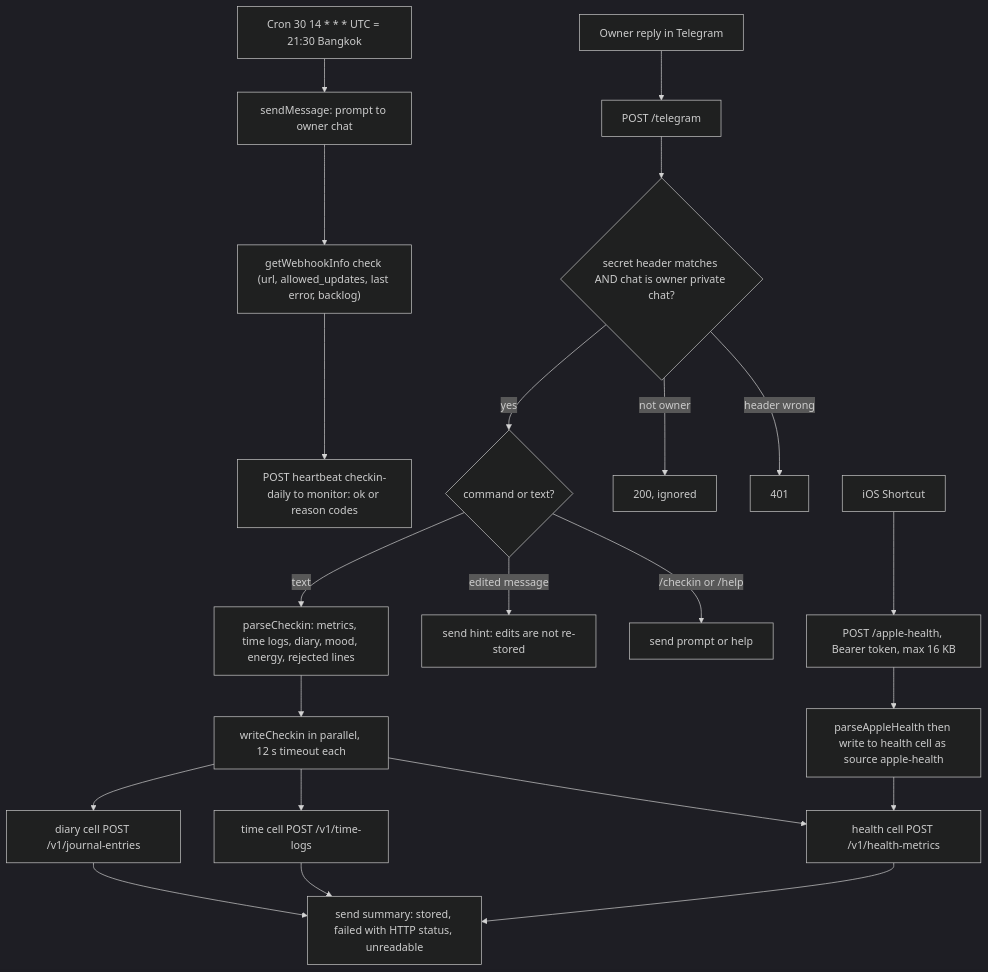
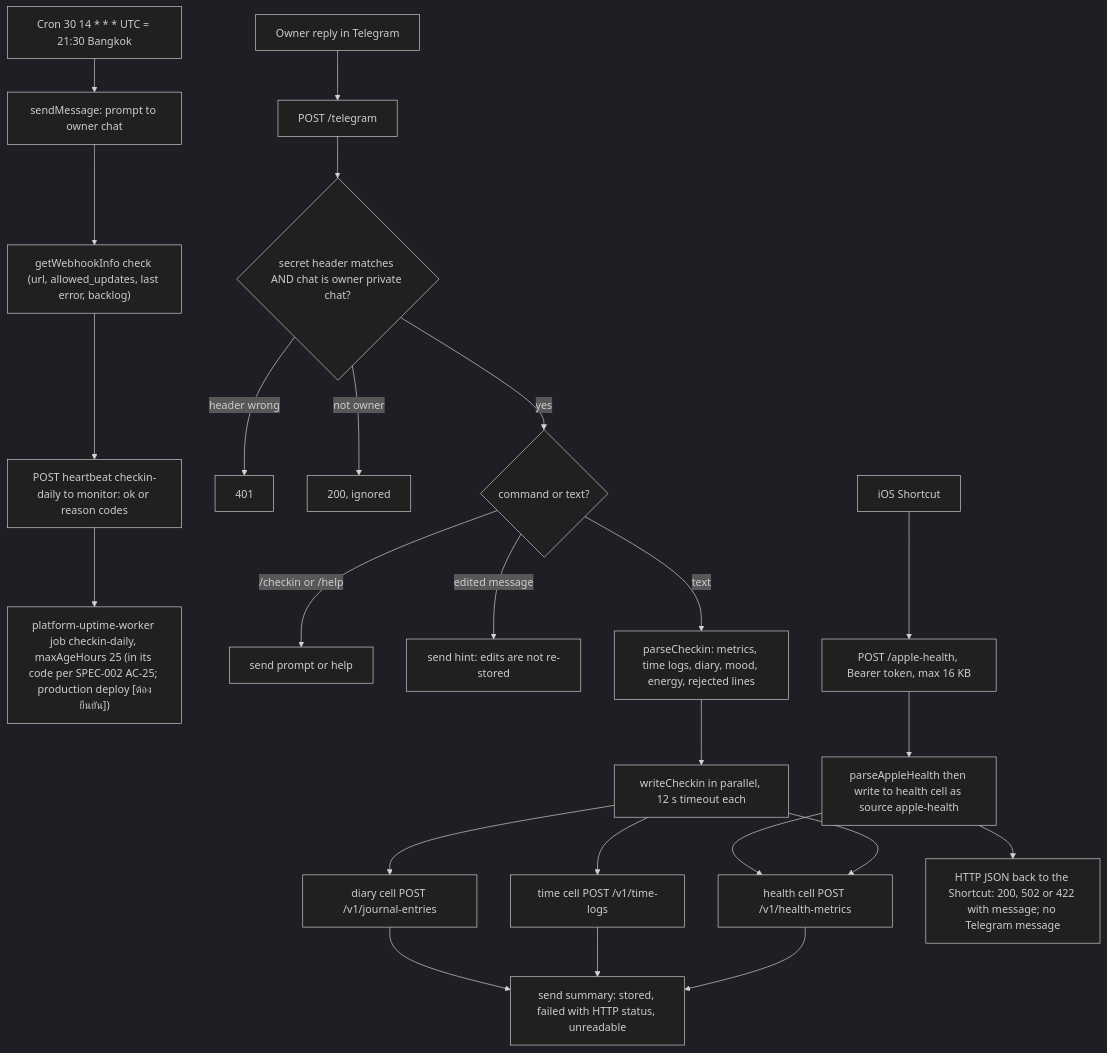
The first of 2 diagrams in docs/diagrams/01-business-process.md (bookchaowalit/life-checkin-worker), drawn with Mermaid (dark theme) before and after one commit. The commit also changed other lines of this file, not shown here.

````diff
--- a/docs/diagrams/01-business-process.md
+++ b/docs/diagrams/01-business-process.md
@@ -9,24 +9,26 @@
 ```mermaid
 flowchart TD
   CRON["Cron 30 14 * * * UTC = 21:30 Bangkok"] --> PROMPT["sendMessage: prompt to owner chat"]
   PROMPT --> WH["getWebhookInfo check (url, allowed_updates, last error, backlog)"]
   WH --> HB["POST heartbeat checkin-daily to monitor: ok or reason codes"]
+  HB --> MON["platform-uptime-worker job checkin-daily, maxAgeHours 25 (in its code per SPEC-002 AC-25; production deploy [ต้องยืนยัน])"]
   OWNER["Owner reply in Telegram"] --> TG["POST /telegram"]
   TG --> SEC{"secret header matches AND chat is owner private chat?"}
   SEC -->|"header wrong"| R401["401"]
   SEC -->|"not owner"| IGN["200, ignored"]
   SEC -->|yes| CMD{"command or text?"}
   CMD -->|"/checkin or /help"| REPLYHELP["send prompt or help"]
   CMD -->|"edited message"| EDITHINT["send hint: edits are not re-stored"]
   CMD -->|text| PARSE["parseCheckin: metrics, time logs, diary, mood, energy, rejected lines"]
   PARSE --> WRITE["writeCheckin in parallel, 12 s timeout each"]
   WRITE --> HEALTH["health cell POST /v1/health-metrics"]
   WRITE --> TIME["time cell POST /v1/time-logs"]
   WRITE --> DIARY["diary cell POST /v1/journal-entries"]
   HEALTH --> SUM["send summary: stored, failed with HTTP status, unreadable"]
   TIME --> SUM
   DIARY --> SUM
   SHORTCUT["iOS Shortcut"] --> AH["POST /apple-health, Bearer token, max 16 KB"]
   AH --> AHP["parseAppleHealth then write to health cell as source apple-health"]
   AHP --> HEALTH
+  AHP --> AHRES["HTTP JSON back to the Shortcut: 200, 502 or 422 with message; no Telegram message"]
 ```
````
